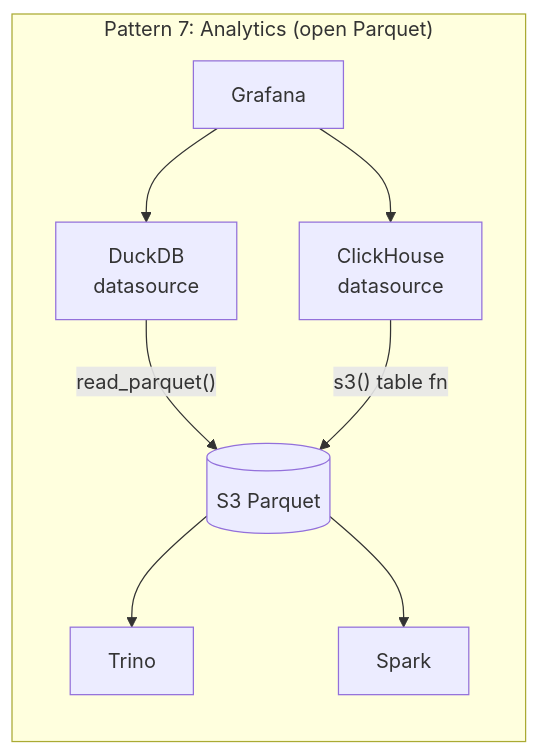
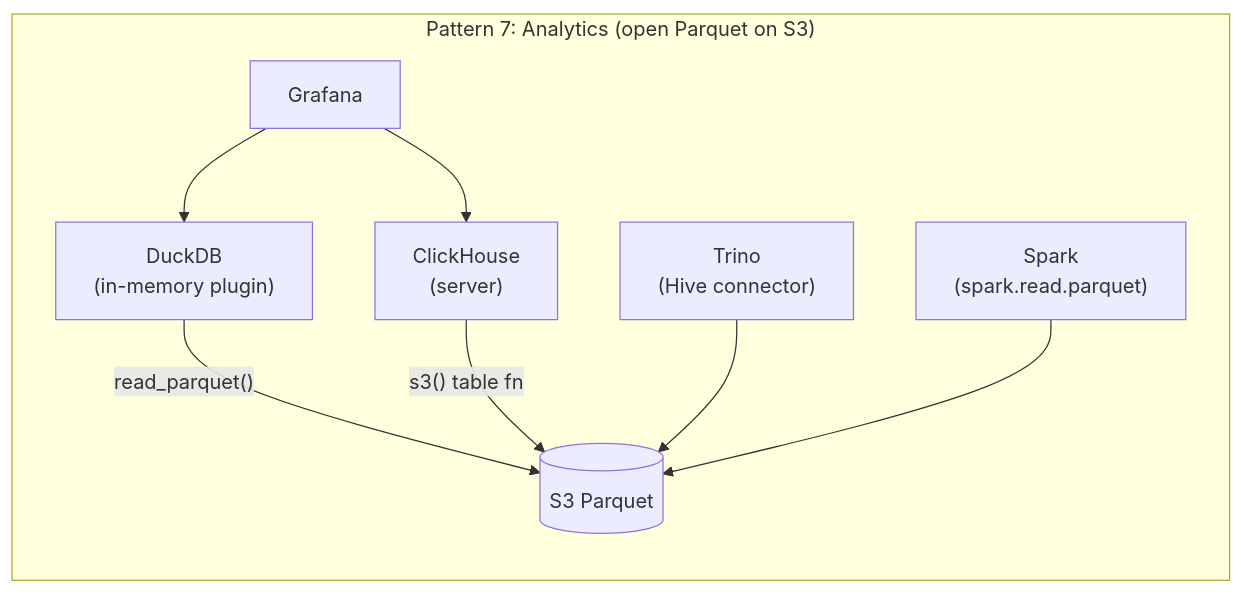
Before and after one commit to ReliablyObserve/victoria-lakehouse: the tenth of 10 diagrams in README.md, drawn with Mermaid. The commit also changed other lines of this file, not shown here.

First line of the commit message:
docs: comprehensive README update — architecture, schema, security, analytics

````diff
--- a/README.md
+++ b/README.md
@@ -294,11 +324,11 @@
 ```mermaid
 graph LR
-    subgraph "Pattern 7: Analytics (open Parquet)"
-        G7["Grafana"] --> DDB["DuckDB<br/>datasource"]
-        G7 --> CH7["ClickHouse<br/>datasource"]
+    subgraph "Pattern 7: Analytics (open Parquet on S3)"
+        G7["Grafana"] --> DDB["DuckDB<br/>(in-memory plugin)"]
+        G7 --> CH7["ClickHouse<br/>(server)"]
         DDB -->|"read_parquet()"| S7[("S3 Parquet")]
         CH7 -->|"s3() table fn"| S7
-        S7 --> TRI["Trino"]
-        S7 --> SPK["Spark"]
+        TRI["Trino<br/>(Hive connector)"] --> S7
+        SPK["Spark<br/>(spark.read.parquet)"] --> S7
     end
 ```
````
